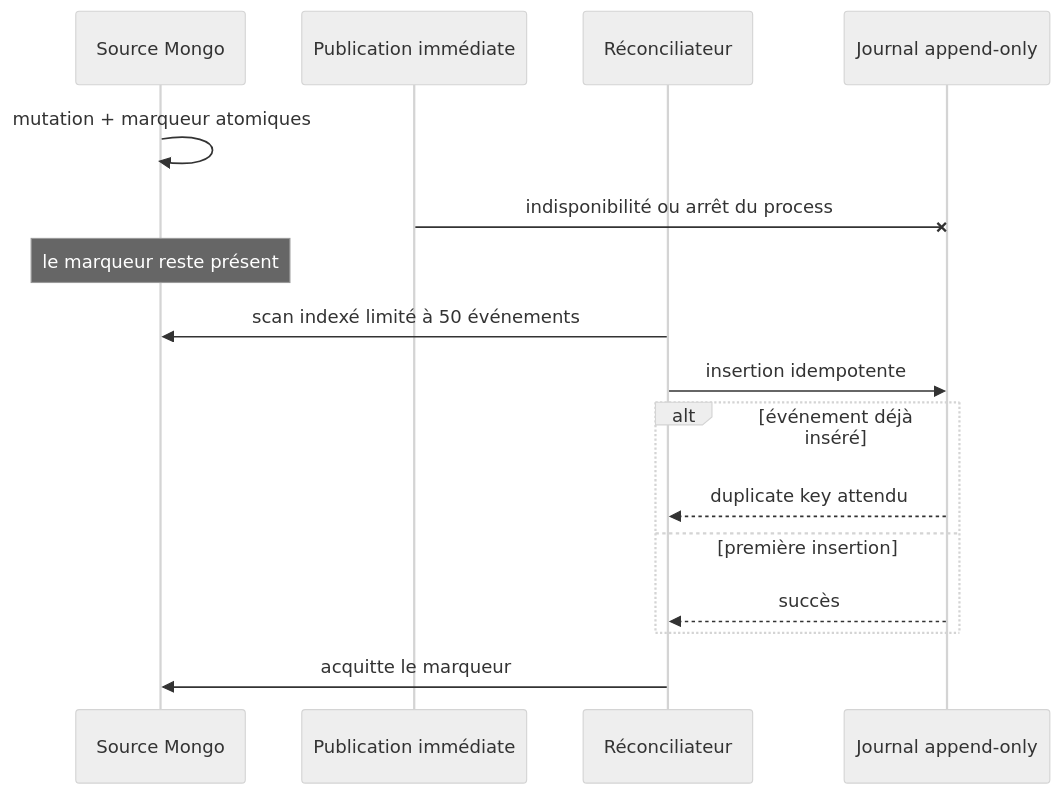
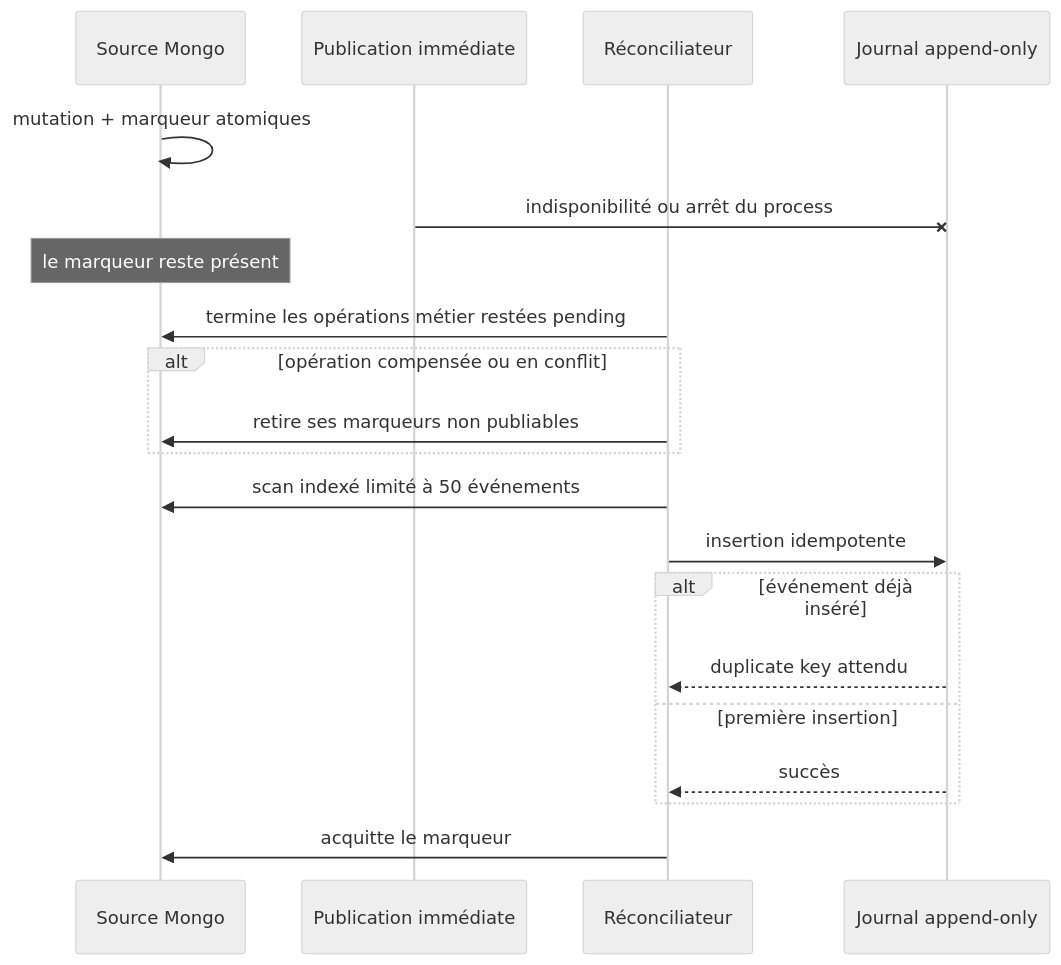
One commit to Ced59/AmusementParkProject changed the fourth of 5 diagrams in docs/architecture/product-growth-pass-11-passport-audit-2026-09-03.md. Above: the diagram before and after it, drawn with Mermaid (neutral theme). The commit also changed other lines of this file and 9 other files, not shown here.

````diff
--- a/docs/architecture/product-growth-pass-11-passport-audit-2026-09-03.md
+++ b/docs/architecture/product-growth-pass-11-passport-audit-2026-09-03.md
@@ -167,19 +167,23 @@
 ```mermaid
 sequenceDiagram
     participant S as Source Mongo
     participant A as Publication immédiate
     participant R as Réconciliateur
     participant J as Journal append-only
 
     S->>S: mutation + marqueur atomiques
     A-xJ: indisponibilité ou arrêt du process
     Note over S: le marqueur reste présent
+    R->>S: termine les opérations métier restées pending
+    alt opération compensée ou en conflit
+        R->>S: retire ses marqueurs non publiables
+    end
     R->>S: scan indexé limité à 50 événements
     R->>J: insertion idempotente
     alt événement déjà inséré
         J-->>R: duplicate key attendu
     else première insertion
         J-->>R: succès
     end
     R->>S: acquitte le marqueur
 ```
````
